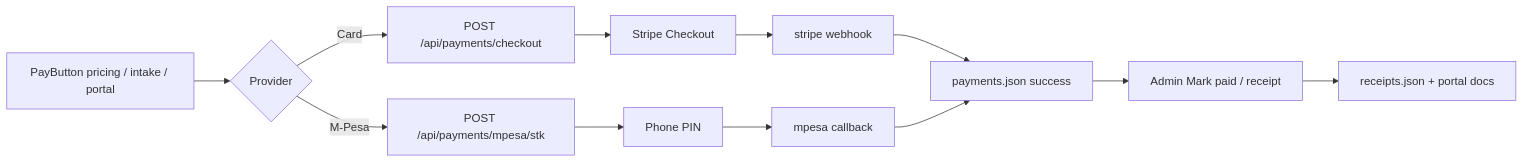
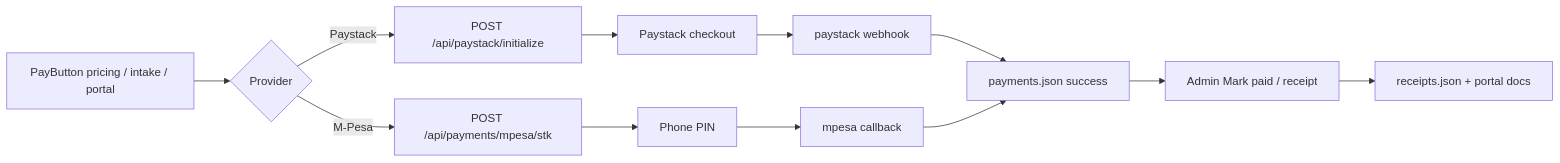
Before and after one commit to MaximaKenya/the-beacon-studio: the fourth of 5 diagrams in INTEGRATIONS.md, drawn with Mermaid. The commit also changed other lines of this file and 18 other files, not shown here.

Commit message:
chore(payments): remove Stripe; Paystack is the only payment gateway (#35)

````diff
--- a/INTEGRATIONS.md
+++ b/INTEGRATIONS.md
@@ -230,14 +208,14 @@
 ```mermaid
 flowchart LR
   UI[PayButton pricing / intake / portal] --> S{Provider}
-  S -->|Card| ST[POST /api/payments/checkout]
+  S -->|Paystack| ST[POST /api/paystack/initialize]
   S -->|M-Pesa| MP[POST /api/payments/mpesa/stk]
-  ST --> SS[Stripe Checkout]
-  SS --> WH[stripe webhook]
+  ST --> SS[Paystack checkout]
+  SS --> WH[paystack webhook]
   MP --> PH[Phone PIN]
   PH --> CB[mpesa callback]
   WH --> PJ[payments.json success]
   CB --> PJ
   PJ --> AD[Admin Mark paid / receipt]
   AD --> RC[receipts.json + portal docs]
 ```
````
